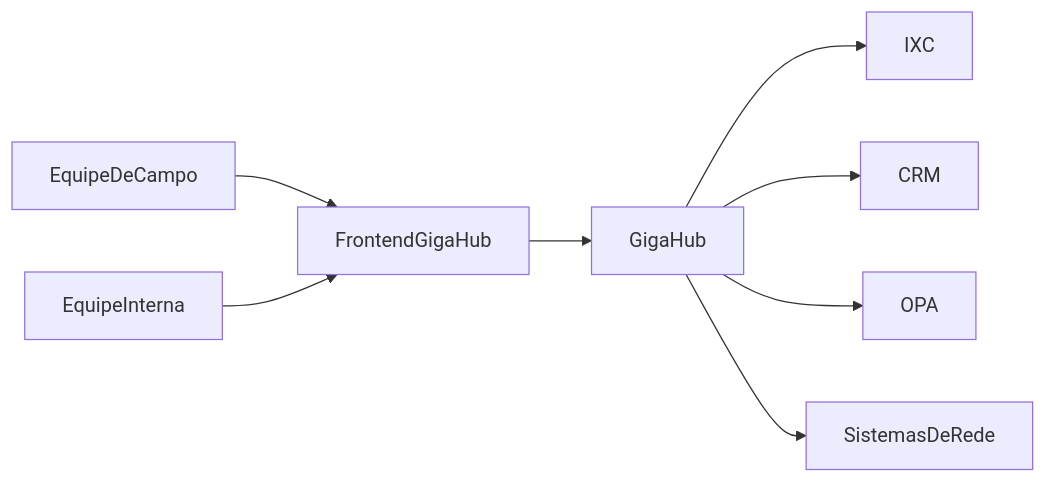
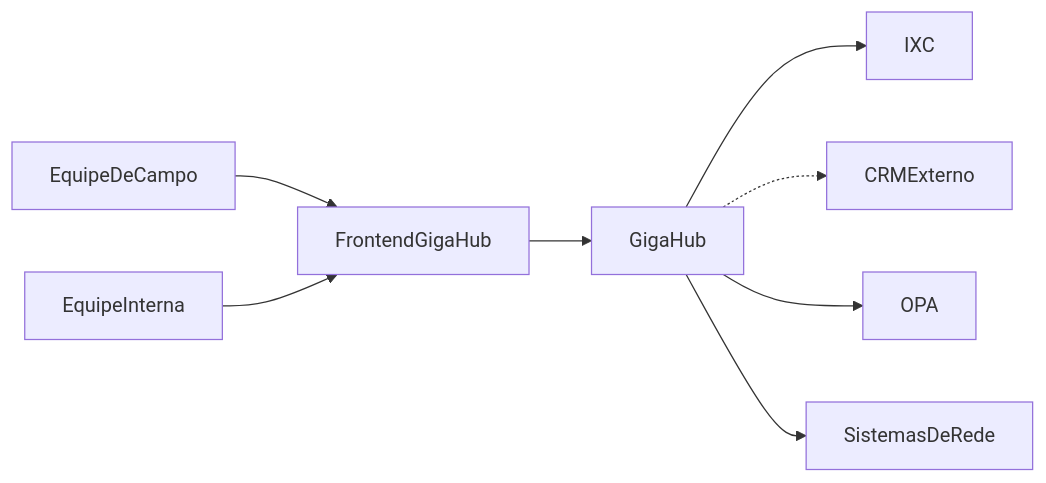
The first of 4 diagrams in docs/02-arquitetura.md (typedbywill/gigahub), drawn with Mermaid before and after one commit. The commit also changed other lines of this file and 7 other files, not shown here.

Commit message:
Refine GigaHub documentation to clarify its role as Giganet's operational HelpDesk, emphasizing event-oriented architecture and integration with external CRM during migration. Update product vision, architecture, and roadmap to reflect new objectives and policies.

````diff
--- a/docs/02-arquitetura.md
+++ b/docs/02-arquitetura.md
@@ -15,10 +17,10 @@
 ```mermaid
 flowchart LR
   FieldUser[EquipeDeCampo] --> Web[FrontendGigaHub]
   InternalUser[EquipeInterna] --> Web
   Web --> Hub[GigaHub]
   Hub --> IXC[IXC]
-  Hub --> CRM[CRM]
+  Hub -.-> CRMExterno[CRMExterno]
   Hub --> OPA[OPA]
   Hub --> NetworkSystems[SistemasDeRede]
 ```
````
